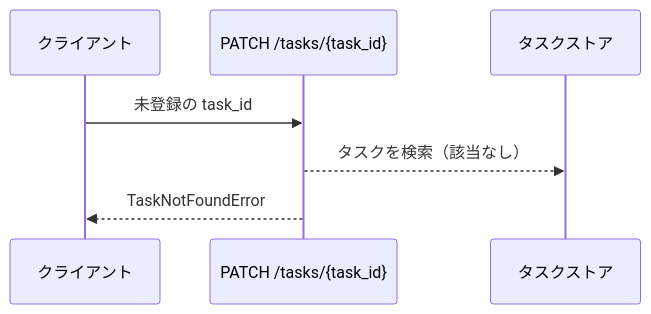
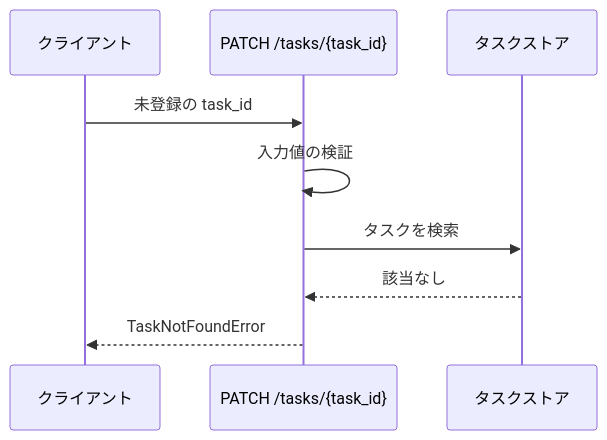
The third of 6 diagrams in docs/wiki/設計図/インターフェース定義/バックエンド/タスク更新.py.md (shuhei1101/ai-monitor-e2e), drawn with Mermaid before and after one commit. The commit also changed other lines of this file and 3 other files, not shown here.

````diff
--- a/docs/wiki/設計図/インターフェース定義/バックエンド/タスク更新.py.md
+++ b/docs/wiki/設計図/インターフェース定義/バックエンド/タスク更新.py.md
@@ -83,10 +117,12 @@
 ```mermaid
 sequenceDiagram
   participant C as クライアント
   participant IF as PATCH /tasks/{task_id}
   participant DB as タスクストア
 
   C->>IF: 未登録の task_id
-  IF-->>DB: タスクを検索（該当なし）
+  IF->>IF: 入力値の検証
+  IF->>DB: タスクを検索
+  DB-->>IF: 該当なし
   IF-->>C: TaskNotFoundError
 ```
````
